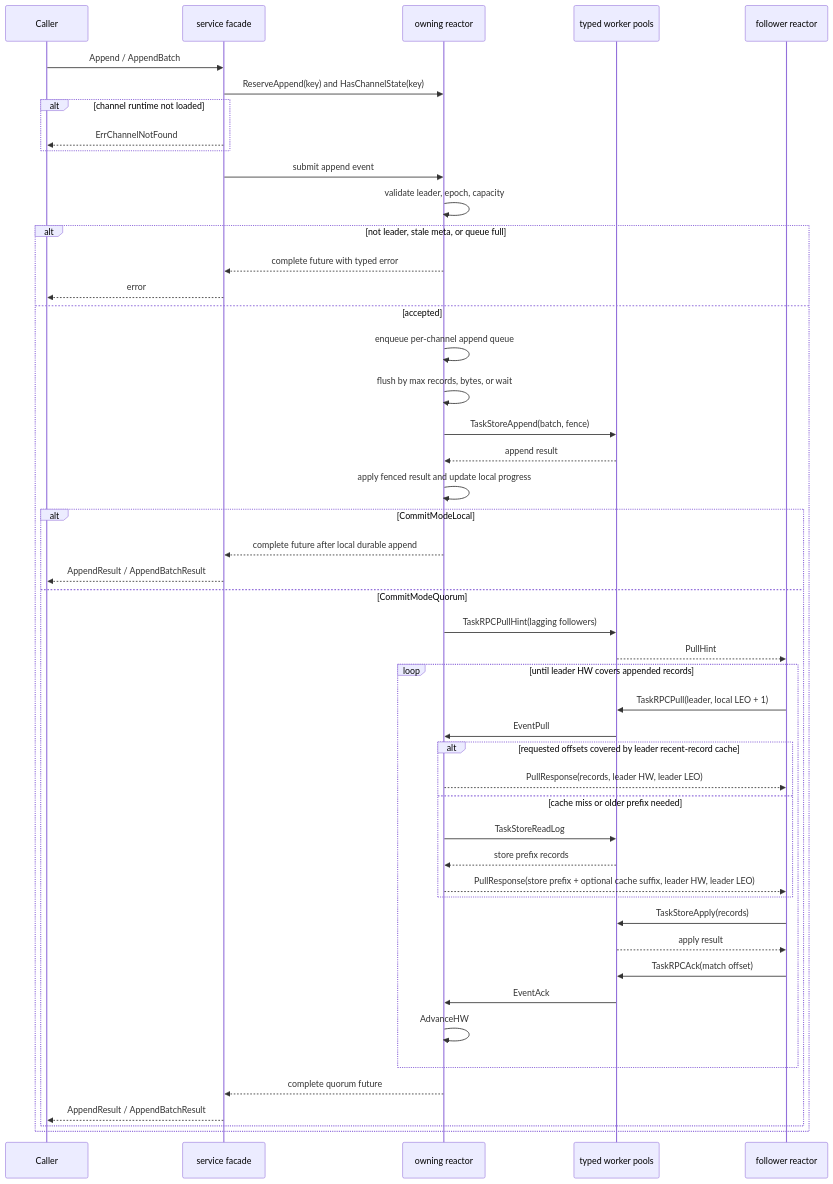
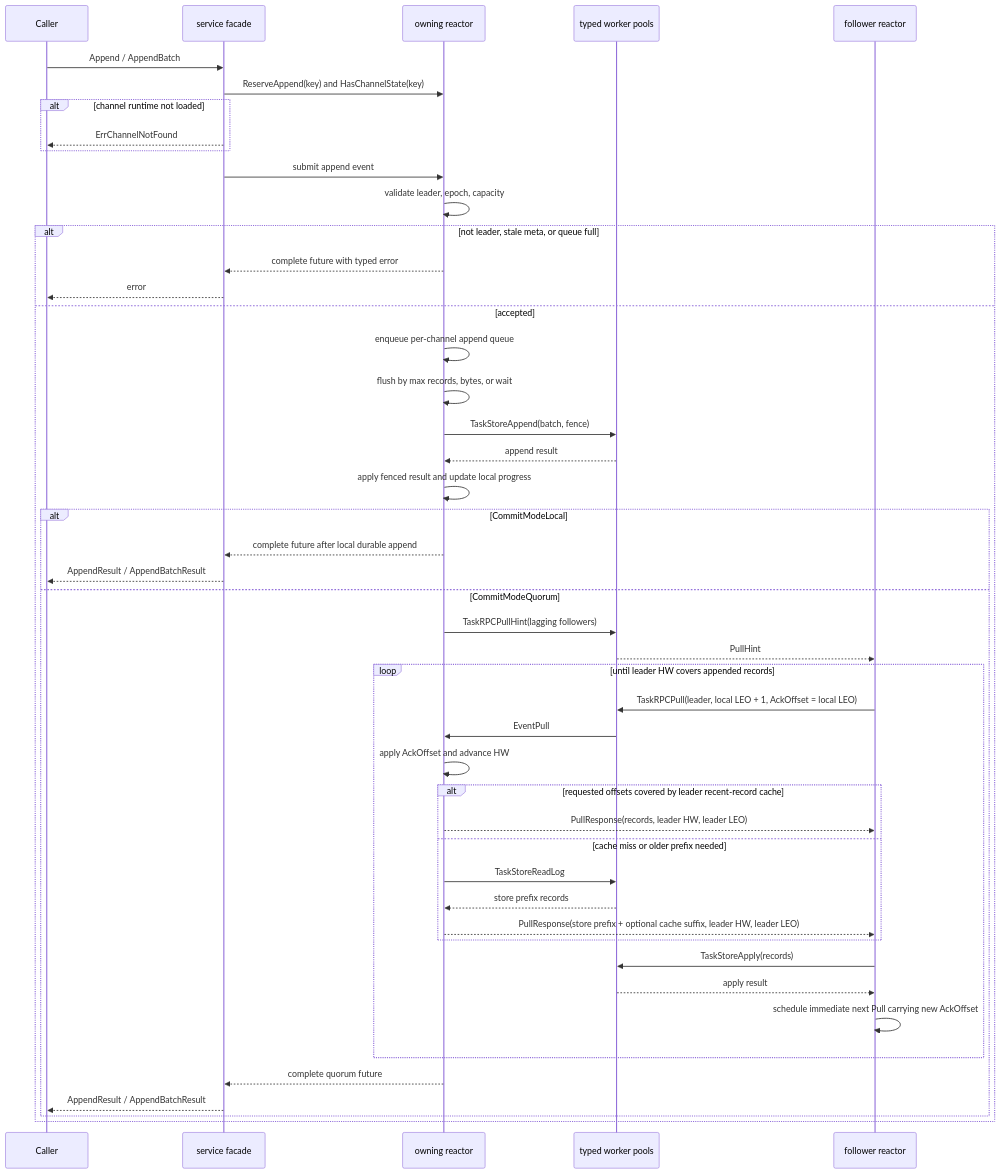
The first of 2 diagrams in pkg/channelv2/FLOW.md (WuKongIM/WuKongIM), drawn with Mermaid before and after one commit. The commit also changed other lines of this file and 6 other files, not shown here.

Commit message:
refactor: piggyback follower ack on pull

````diff
--- a/pkg/channelv2/FLOW.md
+++ b/pkg/channelv2/FLOW.md
@@ -23,52 +23,51 @@
 ```mermaid
 sequenceDiagram
     participant Caller
     participant Service as service facade
     participant Reactor as owning reactor
     participant Workers as typed worker pools
     participant Follower as follower reactor
 
     Caller->>Service: Append / AppendBatch
     Service->>Reactor: ReserveAppend(key) and HasChannelState(key)
     alt channel runtime not loaded
         Service-->>Caller: ErrChannelNotFound
     end
     Service->>Reactor: submit append event
     Reactor->>Reactor: validate leader, epoch, capacity
     alt not leader, stale meta, or queue full
         Reactor-->>Service: complete future with typed error
         Service-->>Caller: error
     else accepted
         Reactor->>Reactor: enqueue per-channel append queue
         Reactor->>Reactor: flush by max records, bytes, or wait
         Reactor->>Workers: TaskStoreAppend(batch, fence)
         Workers-->>Reactor: append result
         Reactor->>Reactor: apply fenced result and update local progress
 
         alt CommitModeLocal
             Reactor-->>Service: complete future after local durable append
             Service-->>Caller: AppendResult / AppendBatchResult
         else CommitModeQuorum
             Reactor->>Workers: TaskRPCPullHint(lagging followers)
             Workers-->>Follower: PullHint
             loop until leader HW covers appended records
-                Follower->>Workers: TaskRPCPull(leader, local LEO + 1)
+                Follower->>Workers: TaskRPCPull(leader, local LEO + 1, AckOffset = local LEO)
                 Workers->>Reactor: EventPull
+                Reactor->>Reactor: apply AckOffset and advance HW
                 alt requested offsets covered by leader recent-record cache
                     Reactor-->>Follower: PullResponse(records, leader HW, leader LEO)
                 else cache miss or older prefix needed
                     Reactor->>Workers: TaskStoreReadLog
                     Workers-->>Reactor: store prefix records
                     Reactor-->>Follower: PullResponse(store prefix + optional cache suffix, leader HW, leader LEO)
                 end
                 Follower->>Workers: TaskStoreApply(records)
                 Workers-->>Follower: apply result
-                Follower->>Workers: TaskRPCAck(match offset)
-                Workers->>Reactor: EventAck
-                Reactor->>Reactor: AdvanceHW
+                Follower->>Follower: schedule immediate next Pull carrying new AckOffset
             end
             Reactor-->>Service: complete quorum future
             Service-->>Caller: AppendResult / AppendBatchResult
         end
     end
 ```
````
